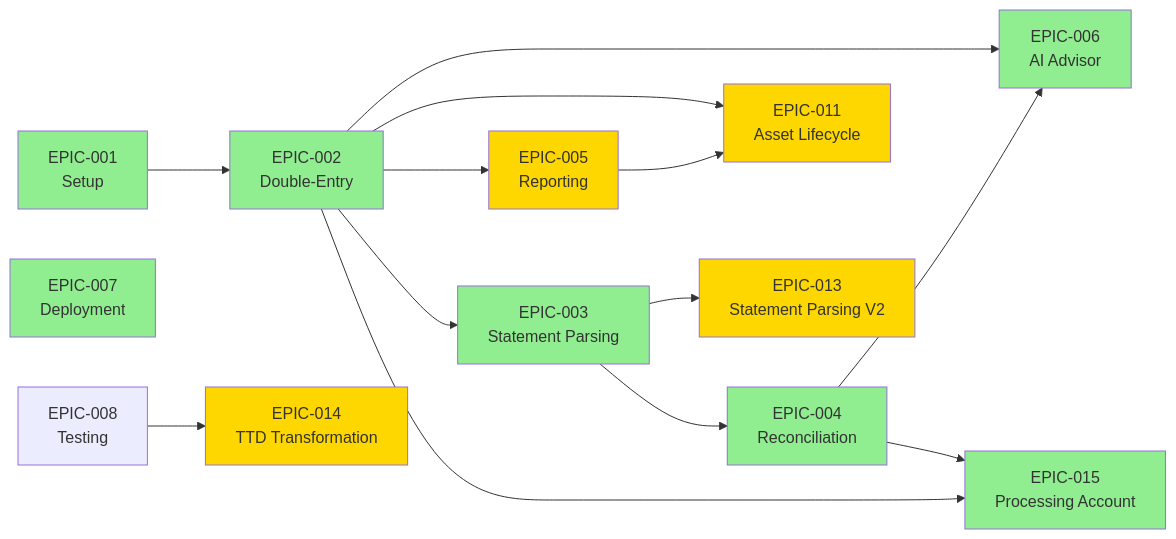
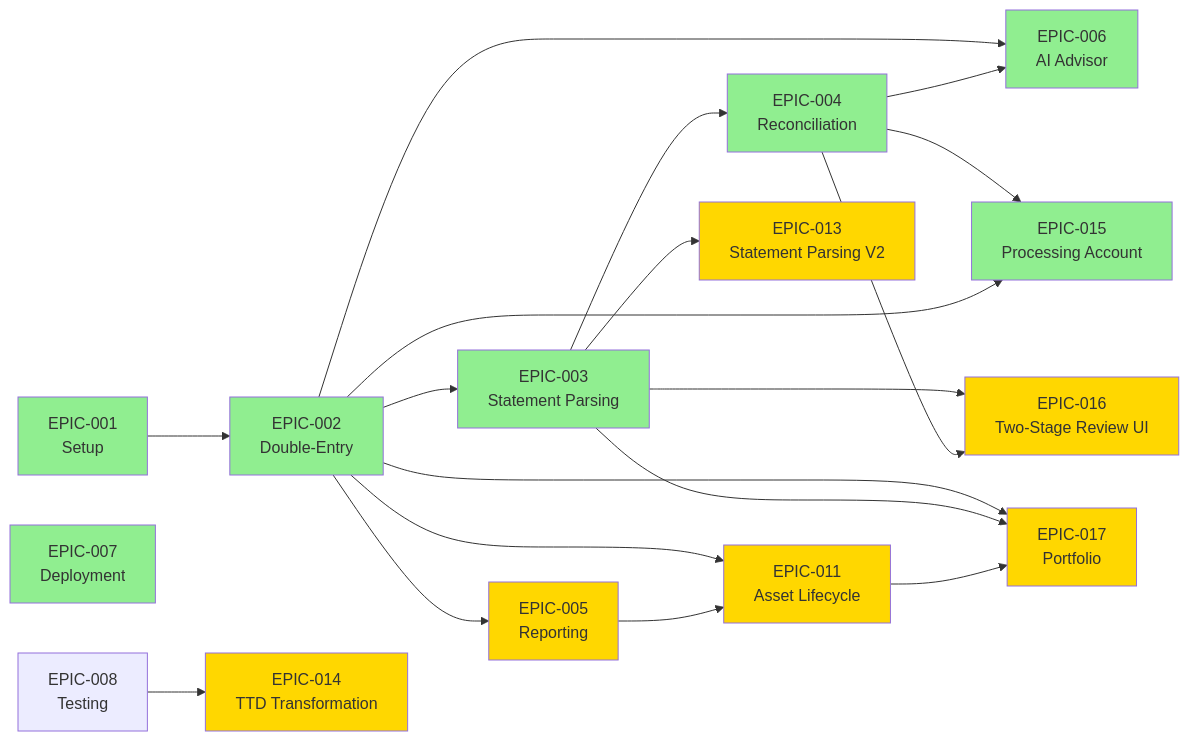
One commit to wangzitian0/finance_report changed the diagram in docs/project/README.md. Above: the diagram before and after it, drawn with Mermaid. The commit also changed other lines of this file and 3 other files, not shown here.

First line of the commit message:
feat: Add EPIC-016 (Two-Stage Review UI) and EPIC-017 (Portfolio Management)

````diff
--- a/docs/project/README.md
+++ b/docs/project/README.md
@@ -67,28 +70,35 @@
 ```mermaid
 graph LR
     E1[EPIC-001<br/>Setup] --> E2[EPIC-002<br/>Double-Entry]
     E2 --> E3[EPIC-003<br/>Statement Parsing]
     E3 --> E4[EPIC-004<br/>Reconciliation]
     E2 --> E5[EPIC-005<br/>Reporting]
     E2 --> E6[EPIC-006<br/>AI Advisor]
     E4 --> E6
     E7[EPIC-007<br/>Deployment]
     E2 --> E11[EPIC-011<br/>Asset Lifecycle]
     E5 --> E11
     E3 --> E13[EPIC-013<br/>Statement Parsing V2]
     E8[EPIC-008<br/>Testing] --> E14[EPIC-014<br/>TTD Transformation]
     E4 --> E15[EPIC-015<br/>Processing Account]
     E2 --> E15
+    E3 --> E16[EPIC-016<br/>Two-Stage Review UI]
+    E4 --> E16
+    E2 --> E17[EPIC-017<br/>Portfolio]
+    E3 --> E17
+    E11 --> E17
     
     style E1 fill:#90EE90
     style E2 fill:#90EE90
     style E3 fill:#90EE90
     style E4 fill:#90EE90
     style E5 fill:#FFD700
     style E6 fill:#90EE90
     style E7 fill:#90EE90
     style E11 fill:#FFD700
     style E13 fill:#FFD700
     style E14 fill:#FFD700
     style E15 fill:#90EE90
+    style E16 fill:#FFD700
+    style E17 fill:#FFD700
 ```
````
